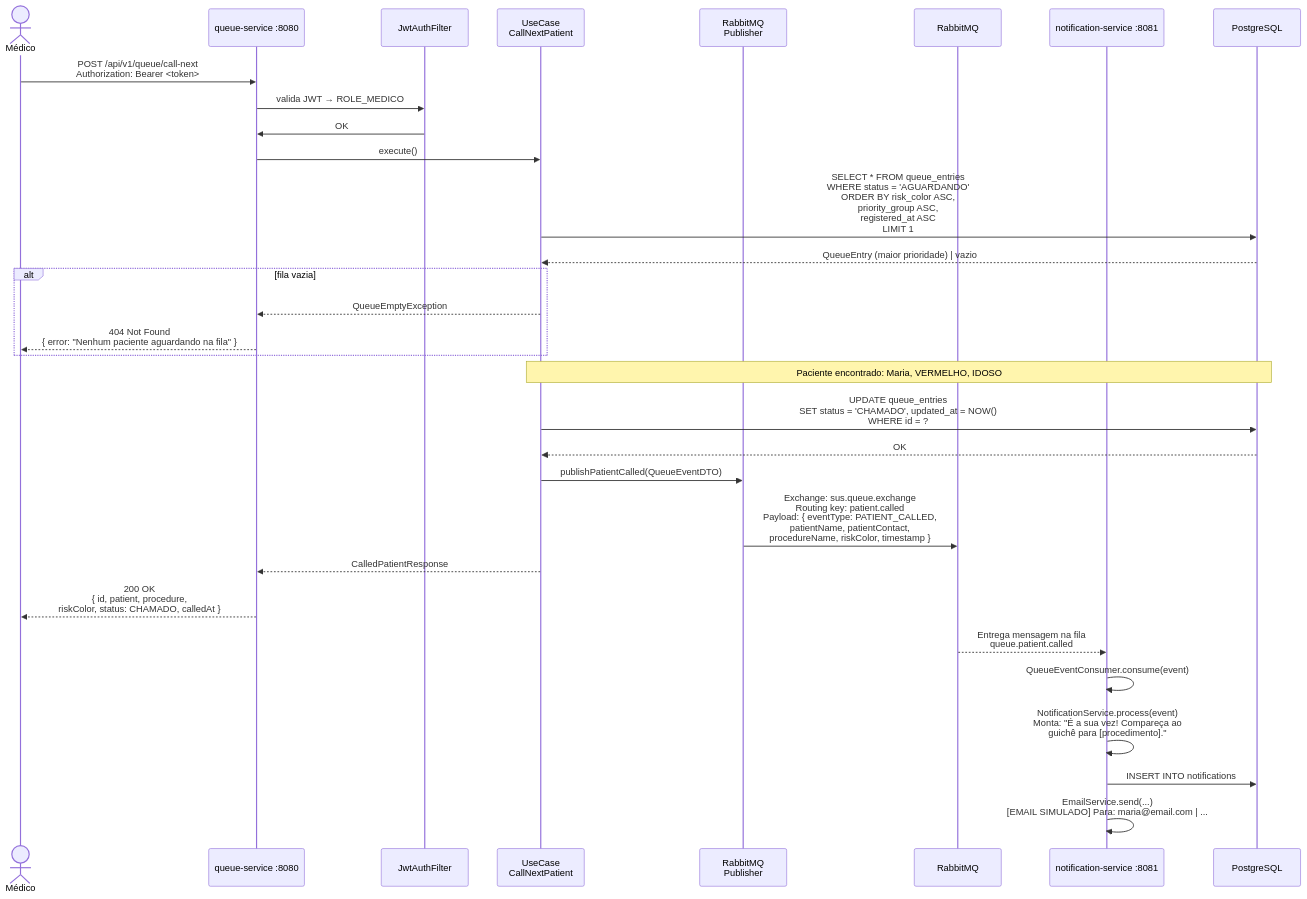
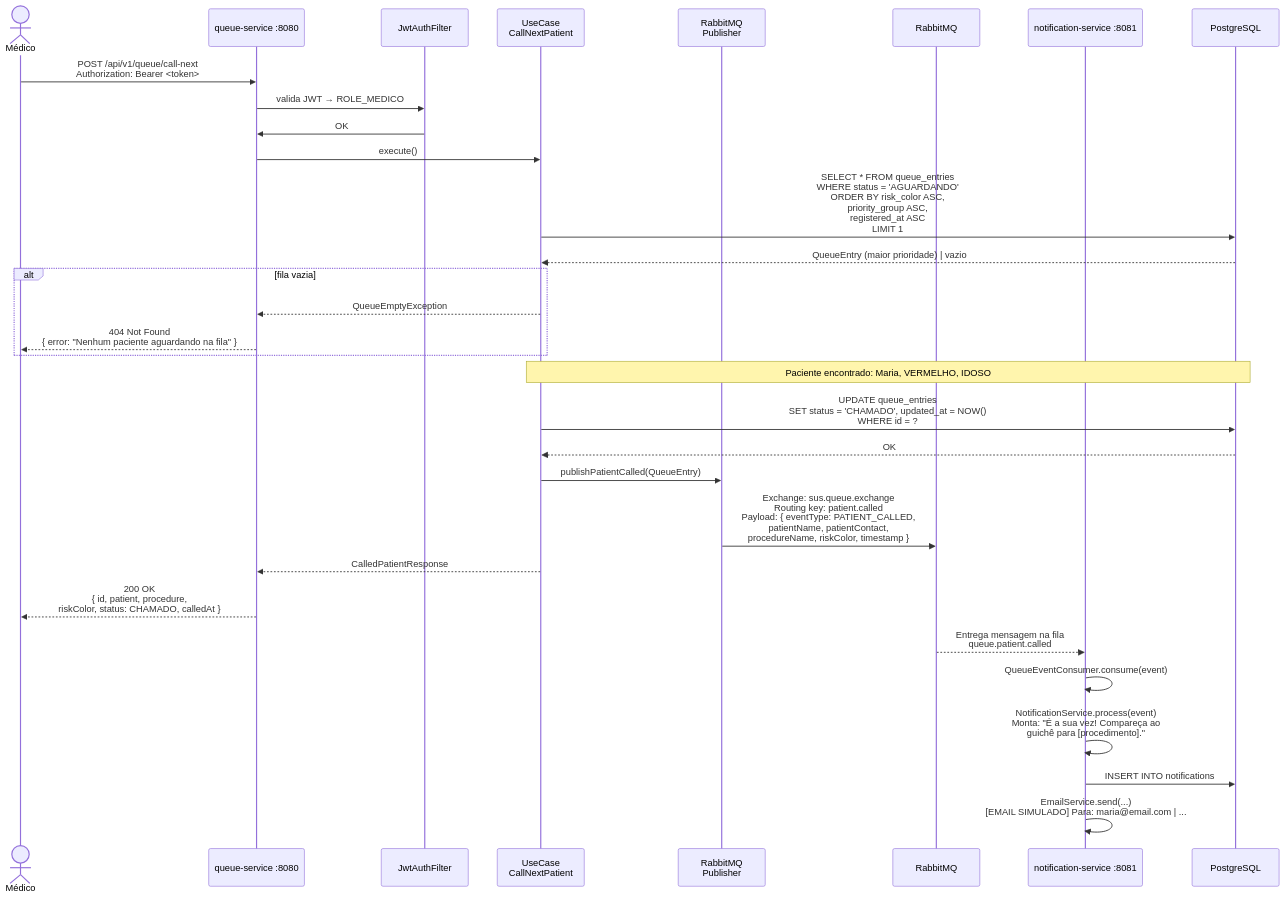
The fifth of 13 diagrams in docs/sequencias-diagrama.md (LucasBruner/Morbus), drawn with Mermaid before and after one commit. The commit also changed other lines of this file and 15 other files, not shown here.

````diff
--- a/docs/sequencias-diagrama.md
+++ b/docs/sequencias-diagrama.md
@@ -195,44 +195,44 @@
 ```mermaid
 sequenceDiagram
     actor Medico as Médico
     participant QS as queue-service :8080
     participant Filter as JwtAuthFilter
     participant UC as UseCase<br/>CallNextPatient
     participant Publisher as RabbitMQ<br/>Publisher
     participant MQ as RabbitMQ
     participant NS as notification-service :8081
     participant DB as PostgreSQL
 
     Medico->>QS: POST /api/v1/queue/call-next<br/>Authorization: Bearer <token>
 
     QS->>Filter: valida JWT → ROLE_MEDICO
     Filter->>QS: OK
 
     QS->>UC: execute()
 
     UC->>DB: SELECT * FROM queue_entries<br/>WHERE status = 'AGUARDANDO'<br/>ORDER BY risk_color ASC,<br/>priority_group ASC,<br/>registered_at ASC<br/>LIMIT 1
     DB-->>UC: QueueEntry (maior prioridade) | vazio
 
     alt fila vazia
         UC-->>QS: QueueEmptyException
         QS-->>Medico: 404 Not Found<br/>{ error: "Nenhum paciente aguardando na fila" }
     end
 
     Note over UC,DB: Paciente encontrado: Maria, VERMELHO, IDOSO
 
     UC->>DB: UPDATE queue_entries<br/>SET status = 'CHAMADO', updated_at = NOW()<br/>WHERE id = ?
     DB-->>UC: OK
 
-    UC->>Publisher: publishPatientCalled(QueueEventDTO)
+    UC->>Publisher: publishPatientCalled(QueueEntry)
     Publisher->>MQ: Exchange: sus.queue.exchange<br/>Routing key: patient.called<br/>Payload: { eventType: PATIENT_CALLED,<br/>patientName, patientContact,<br/>procedureName, riskColor, timestamp }
 
     UC-->>QS: CalledPatientResponse
     QS-->>Medico: 200 OK<br/>{ id, patient, procedure,<br/>riskColor, status: CHAMADO, calledAt }
 
     MQ-->>NS: Entrega mensagem na fila<br/>queue.patient.called
 
     NS->>NS: QueueEventConsumer.consume(event)
     NS->>NS: NotificationService.process(event)<br/>Monta: "É a sua vez! Compareça ao<br/>guichê para [procedimento]."
     NS->>DB: INSERT INTO notifications
     NS->>NS: EmailService.send(...)<br/>[EMAIL SIMULADO] Para: maria@email.com | ...
 ```
````
